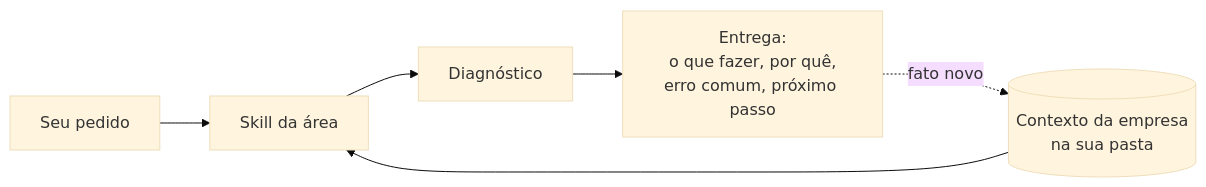
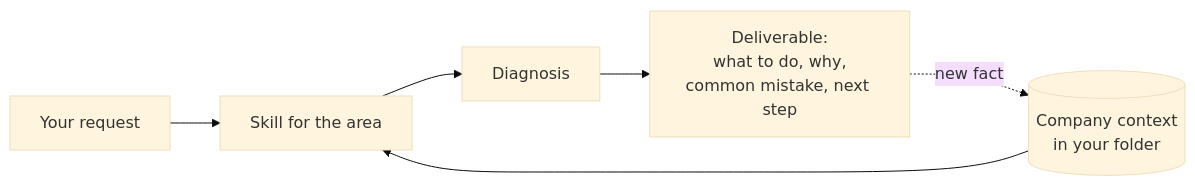
One commit to pv-ca/business-ops changed the diagram in README.md. Above: the diagram before and after it, drawn with Mermaid (base theme). The commit also changed other lines of this file and 89 other files, not shown here.

````diff
--- a/README.md
+++ b/README.md
@@ -97,8 +100,8 @@
 ```mermaid
 flowchart LR
-    A[Seu pedido] --> B[Skill da área]
-    C[(Contexto da empresa<br/>na sua pasta)] --> B
-    B --> D[Diagnóstico]
-    D --> E[Entrega:<br/>o que fazer, por quê,<br/>erro comum, próximo passo]
-    E -. fato novo .-> C
+    A[Your request] --> B[Skill for the area]
+    C[(Company context<br/>in your folder)] --> B
+    B --> D[Diagnosis]
+    D --> E[Deliverable:<br/>what to do, why,<br/>common mistake, next step]
+    E -. new fact .-> C
 ```
````
